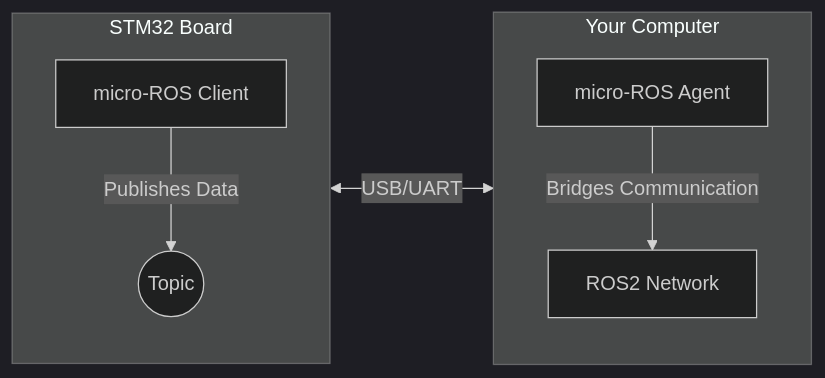
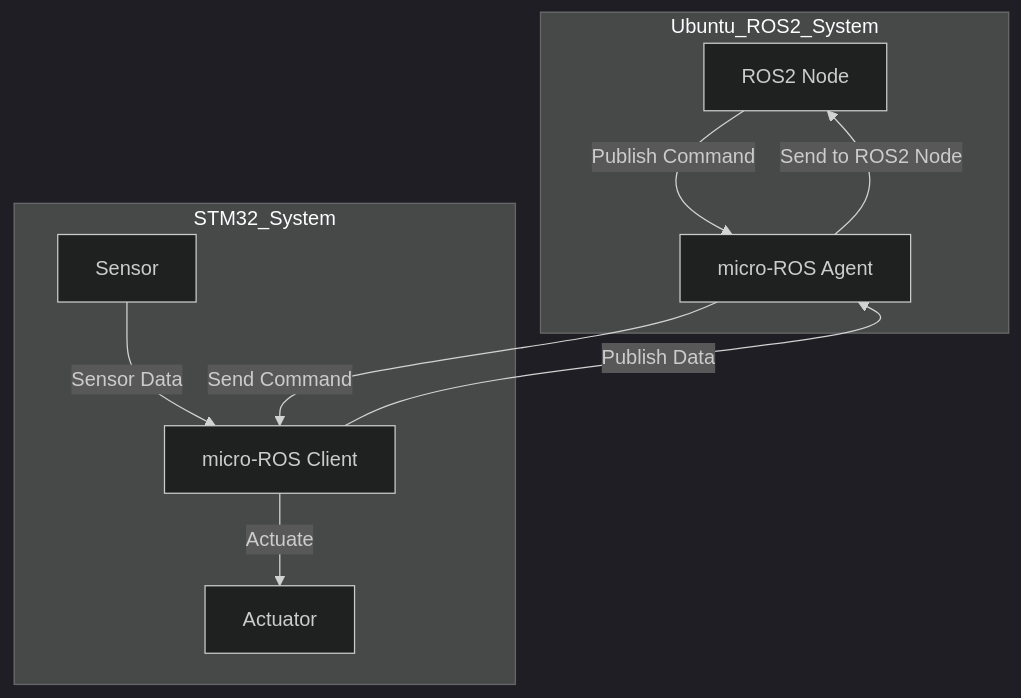
Before and after one commit to EcoDohyup/bldc-control: the diagram in ROSstudy.md, drawn with Mermaid (dark theme). The commit also changed other lines of this file and 1 other file, not shown here.

Commit message:
status updated

````diff
--- a/ROSstudy.md
+++ b/ROSstudy.md
@@ -10,10 +6,21 @@
 ``` mermaid
-graph LR
-    subgraph STM32[STM32 Board]
-        C[micro-ROS Client] -->|Publishes Data| T1((Topic))
+graph TD
+    subgraph Ubuntu_ROS2_System
+        ROS2_Node[ROS2 Node]
+        Agent[micro-ROS Agent]
     end
-    subgraph PC[Your Computer]
-        A[micro-ROS Agent] -->|Bridges Communication| N[ROS2 Network]
+    
+    subgraph STM32_System
+        micro_ROS_Client[micro-ROS Client]
+        Sensor[Sensor]
+        Actuator[Actuator]
     end
-    STM32 <-->|USB/UART| PC
+
+    Sensor -- Sensor Data --> micro_ROS_Client
+    micro_ROS_Client -- Publish Data --> Agent
+    Agent -- Send to ROS2 Node --> ROS2_Node
+    
+    ROS2_Node -- Publish Command --> Agent
+    Agent -- Send Command --> micro_ROS_Client
+    micro_ROS_Client -- Actuate --> Actuator
 ```
````
